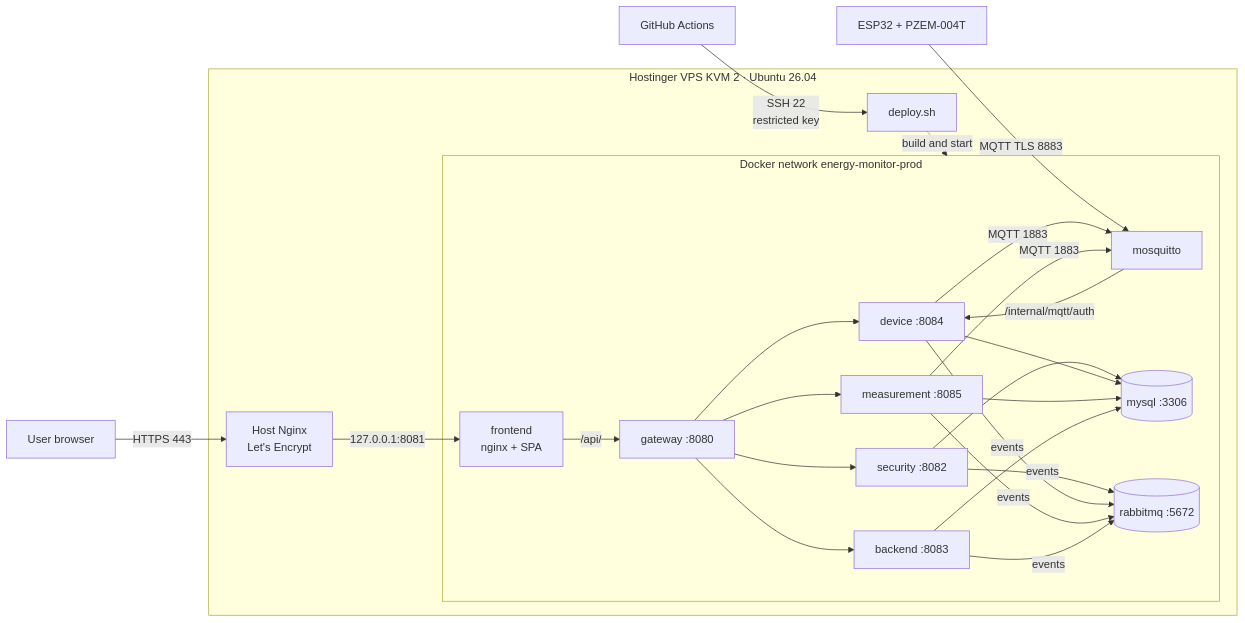
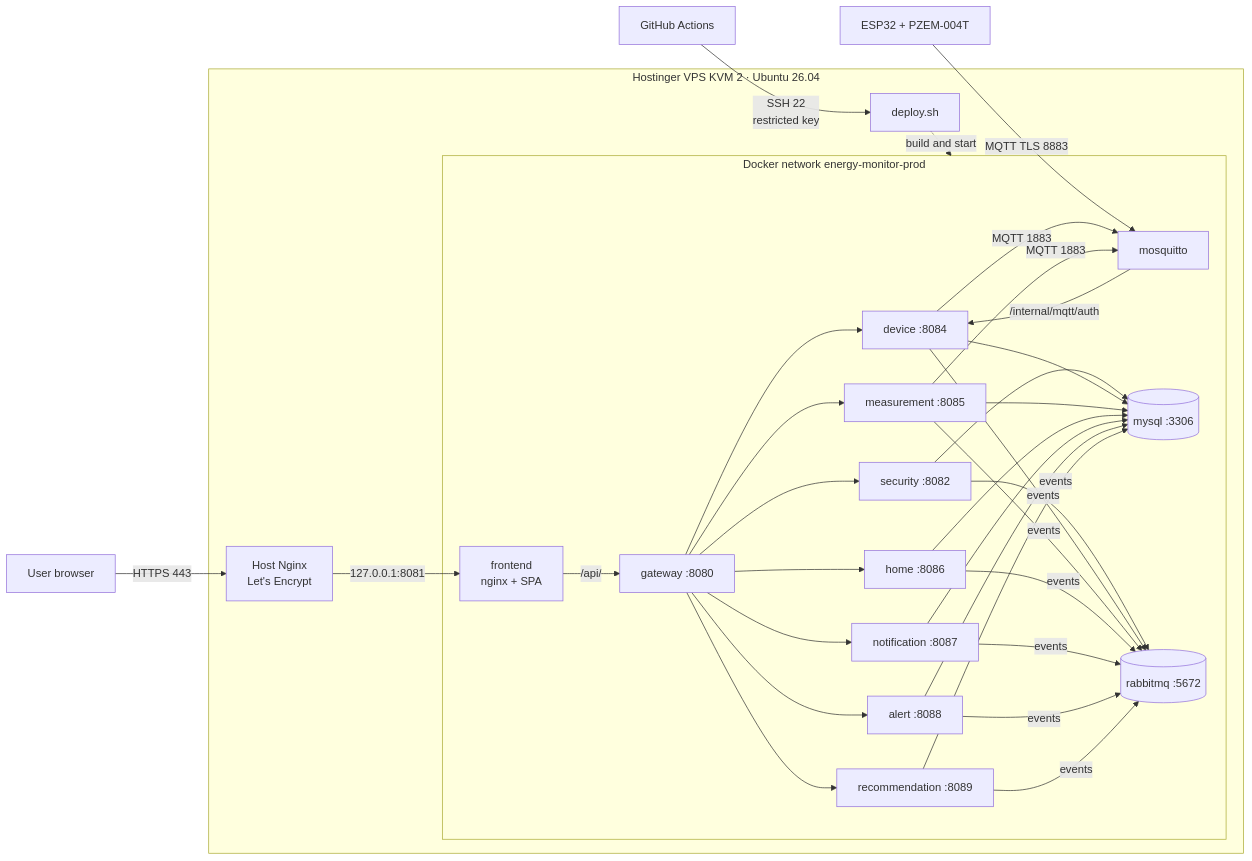
One commit to Juan-Cortes2045/energy-monitor-docs-final changed the first of 2 diagrams in 09-implementacion/EN/implementation-and-deployment-manual.md. Above: the diagram before and after it, drawn with Mermaid. The commit also changed other lines of this file and 1 other file, not shown here.

````diff
--- a/09-implementacion/EN/implementation-and-deployment-manual.md
+++ b/09-implementacion/EN/implementation-and-deployment-manual.md
@@ -164,22 +178,25 @@
 ```mermaid
 flowchart LR
     U[User browser] -- HTTPS 443 --> N[Host Nginx<br/>Let's Encrypt]
     D[ESP32 + PZEM-004T] -- MQTT TLS 8883 --> M[mosquitto]
     GH[GitHub Actions] -- SSH 22<br/>restricted key --> S[deploy.sh]
     subgraph VPS[Hostinger VPS KVM 2 · Ubuntu 26.04]
         N -- 127.0.0.1:8081 --> F[frontend<br/>nginx + SPA]
         S -. build and start .-> NET
         subgraph NET[Docker network energy-monitor-prod]
             F -- /api/ --> G[gateway :8080]
             G --> SEC[security :8082]
             G --> DEV[device :8084]
             G --> MEA[measurement :8085]
-            G --> B[backend :8083]
-            SEC & DEV & MEA & B --> DB[(mysql :3306)]
-            SEC & DEV & MEA & B -- events --> Q[(rabbitmq :5672)]
+            G --> HOM[home :8086]
+            G --> NOT[notification :8087]
+            G --> ALE[alert :8088]
+            G --> REC[recommendation :8089]
+            SEC & DEV & MEA & HOM & NOT & ALE & REC --> DB[(mysql :3306)]
+            SEC & DEV & MEA & HOM & NOT & ALE & REC -- events --> Q[(rabbitmq :5672)]
             M -- /internal/mqtt/auth --> DEV
             DEV -- MQTT 1883 --> M
             MEA -- MQTT 1883 --> M
         end
     end
 ```
````
